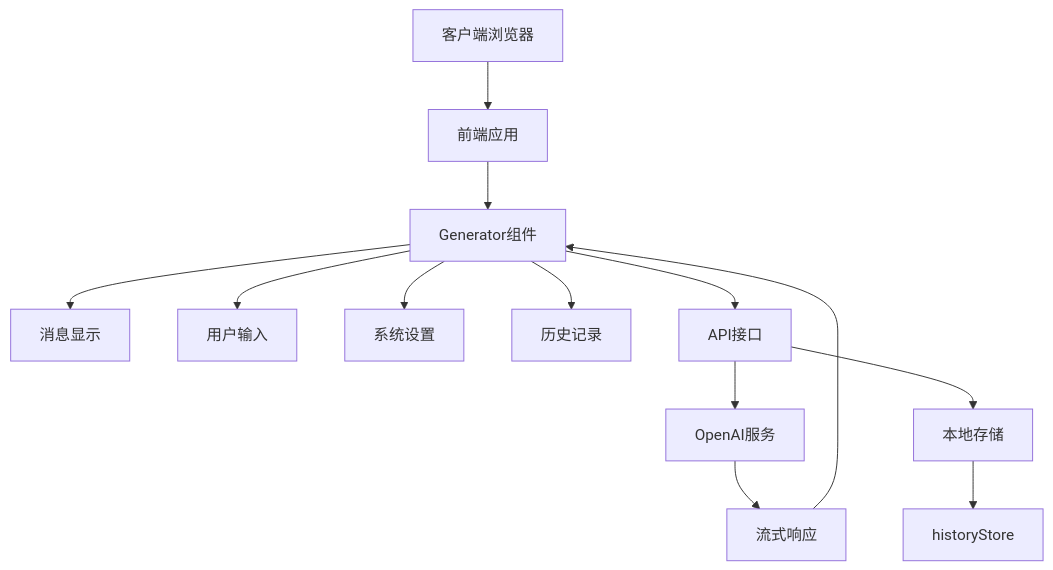
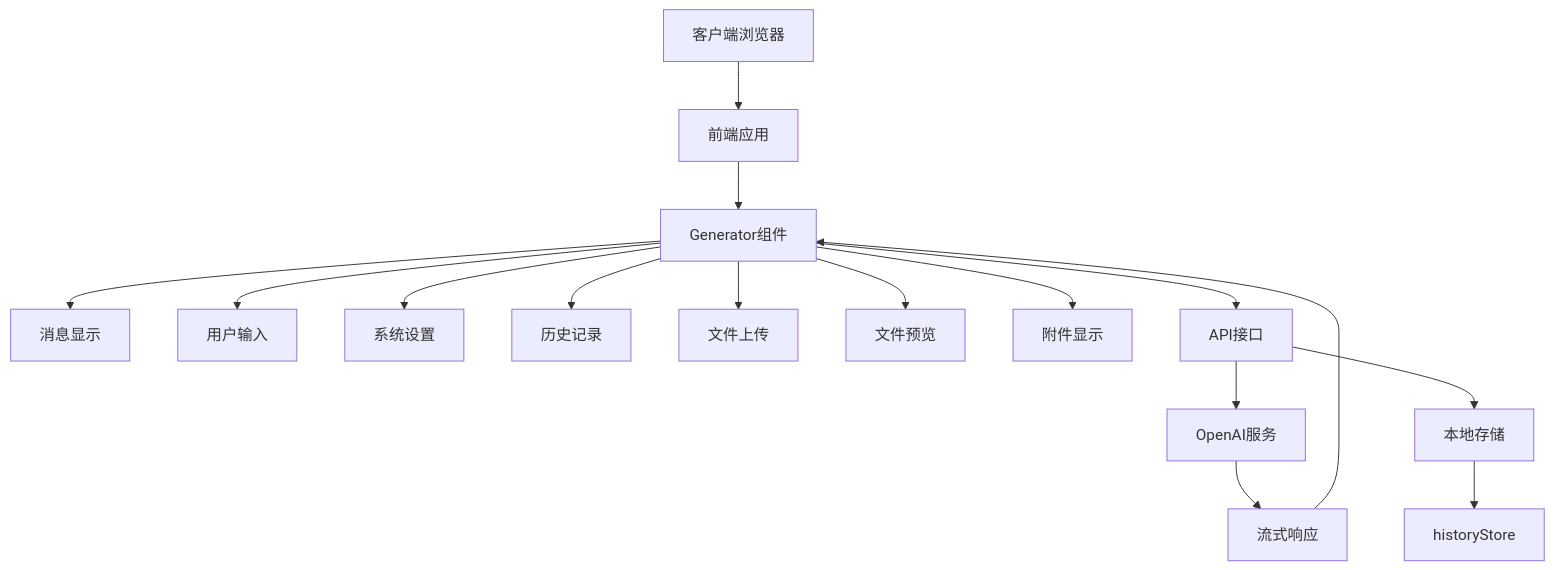
The second of 2 diagrams in .qoder/repowiki/zh/content/组件架构/Generator组件.md (zfyime/chat-mini), drawn with Mermaid before and after one commit. The commit also changed other lines of this file and 8 other files, not shown here.

````diff
--- a/.qoder/repowiki/zh/content/组件架构/Generator组件.md
+++ b/.qoder/repowiki/zh/content/组件架构/Generator组件.md
@@ -86,15 +112,18 @@
 ```mermaid
 graph TD
 Client[客户端浏览器] --> Frontend[前端应用]
 Frontend --> Generator[Generator组件]
 Generator --> MessageItem[消息显示]
 Generator --> Input[用户输入]
 Generator --> Settings[系统设置]
 Generator --> History[历史记录]
+Generator --> FileUpload[文件上传]
+Generator --> FilePreview[文件预览]
+Generator --> FileAttachments[附件显示]
 Generator --> API[API接口]
 API --> OpenAI[OpenAI服务]
 API --> Storage[本地存储]
 Storage --> historyStore[historyStore]
 OpenAI --> Response[流式响应]
 Response --> Generator
 ```
````
